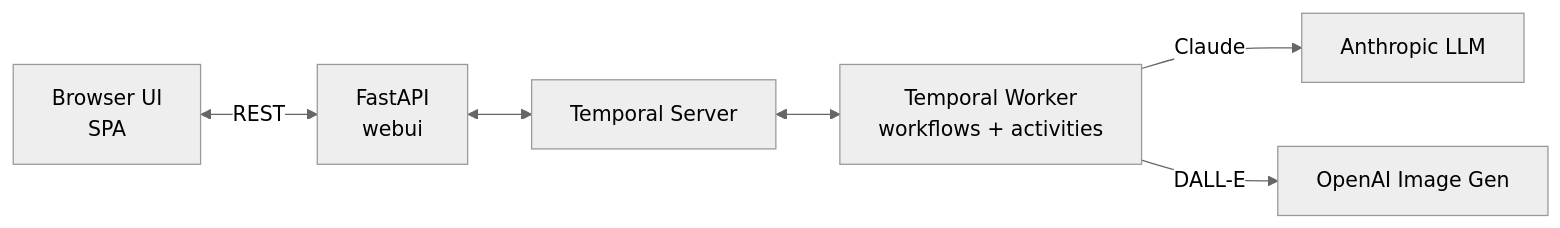
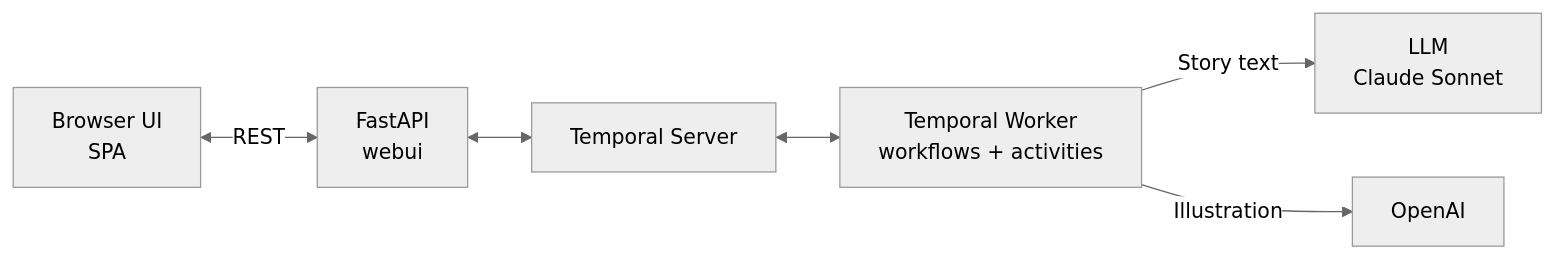
One commit to alexandreroman/temporal-bedtime-agent changed the diagram in README.md. Above: the diagram before and after it, drawn with Mermaid (neutral theme). The commit also changed other lines of this file and 1 other file, not shown here.

First line of the commit message:
Update architecture diagram and add component descriptions

````diff
--- a/README.md
+++ b/README.md
@@ -17,8 +17,8 @@
 ```mermaid
 graph LR
     A[Browser UI<br/>SPA] <-->|REST| B[FastAPI<br/>webui]
     B <--> C[Temporal Server]
     C <--> D[Temporal Worker<br/>workflows + activities]
-    D -->|Claude| E[Anthropic LLM]
-    D -->|DALL-E| F[OpenAI Image Gen]
+    D -->|Story text| E[LLM<br/>Claude Sonnet]
+    D -->|Illustration| F[OpenAI]
 ```
````
